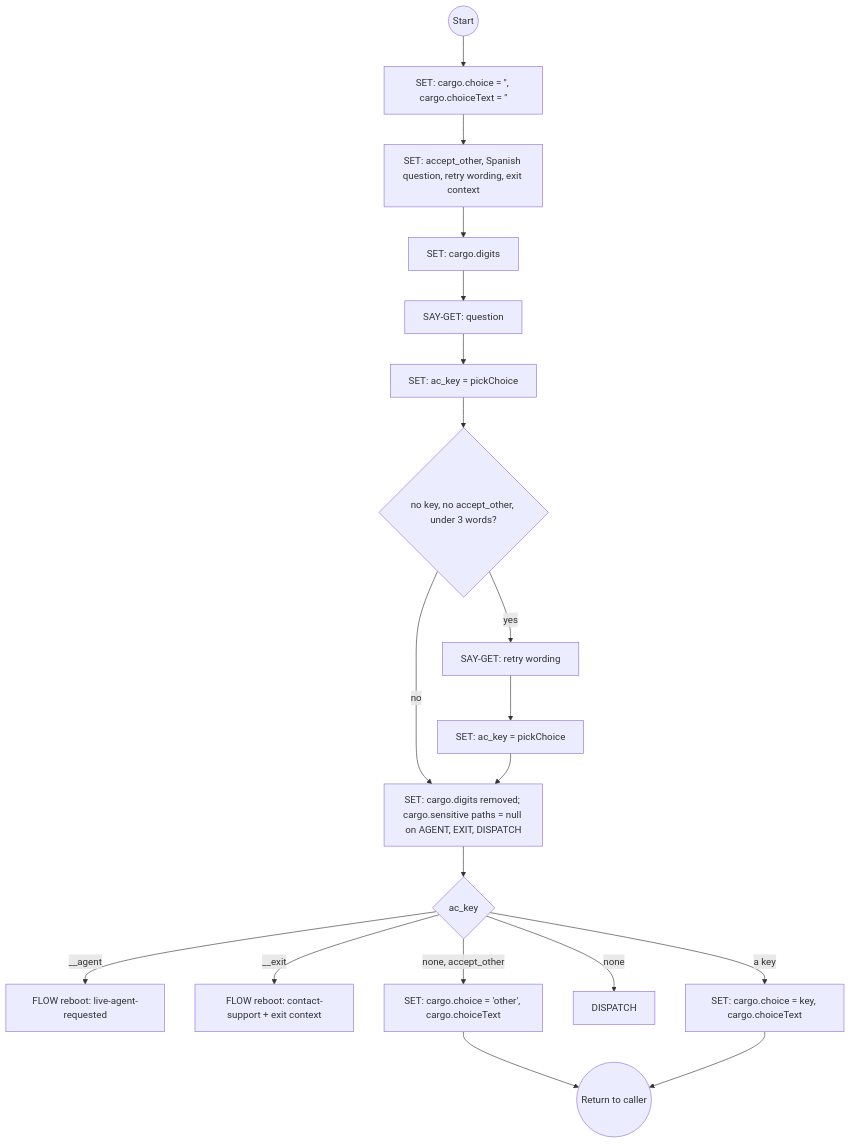
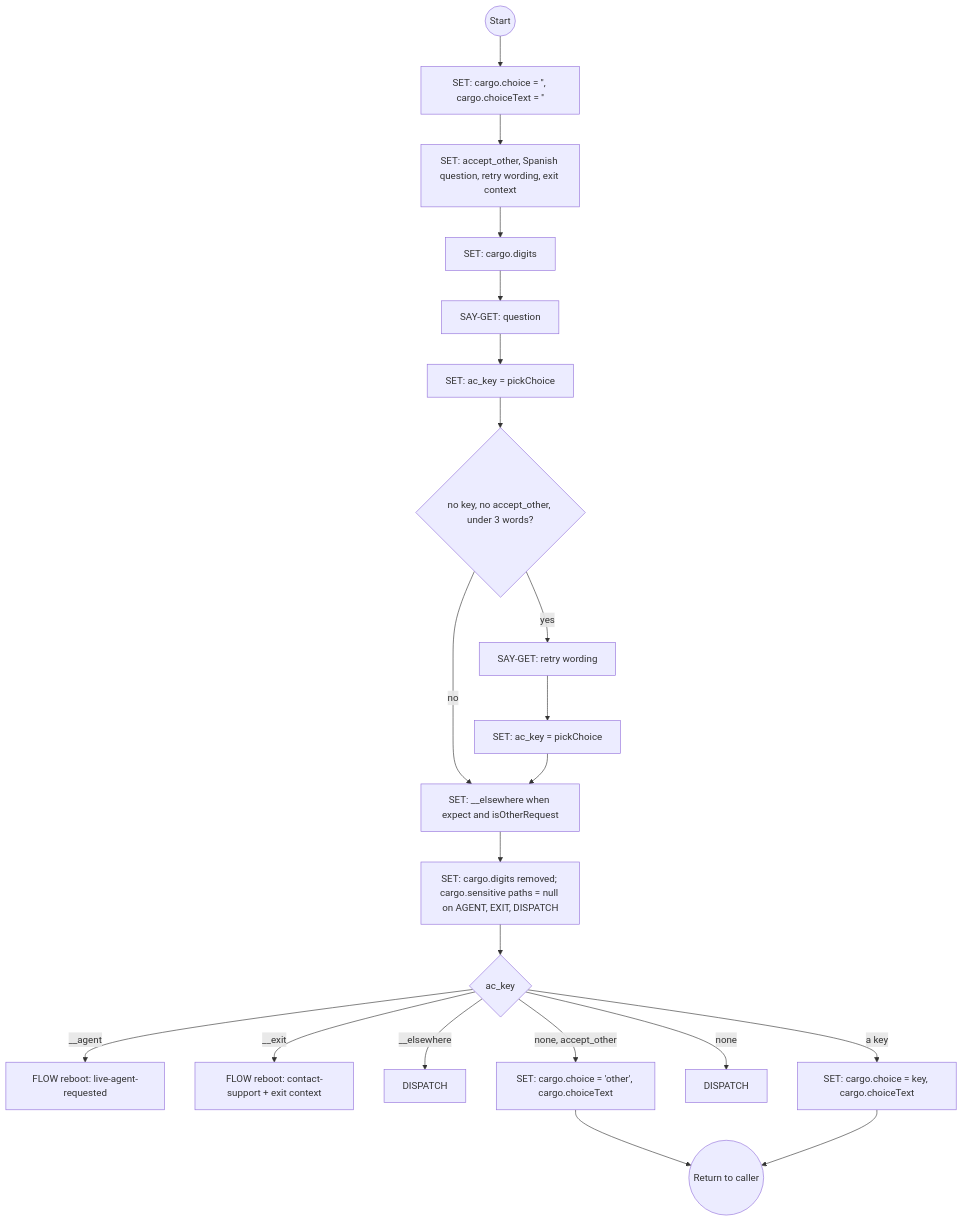
Diagram 18 of 22 in docs/system-flows.md (ronpinkas/jsfe), drawn with Mermaid before and after one commit. The commit also changed other lines of this file and 1 other file, not shown here.

Commit message:
flows and docs: synced from prod (AIDevelopment 014c1e9): give-up worker; live-agent-requested 1.7.0 (no offer after a give-up, keepSay on its RETURNs); ask-choice 1.9.0 expect / isOtherRequest; ask-email, ask-address, ask-field pass expect

````diff
--- a/docs/system-flows.md
+++ b/docs/system-flows.md
@@ -915,21 +954,23 @@
 ```mermaid
 graph TD
     start((Start)) --> ac_reset["SET: cargo.choice = '', cargo.choiceText = ''"]
     ac_reset --> defaults[SET: accept_other, Spanish question, retry wording, exit context]
     defaults --> ac_keypad[SET: cargo.digits]
     ac_keypad --> ac_ask[SAY-GET: question]
     ac_ask --> ac_match[SET: ac_key = pickChoice]
     ac_match --> reask{no key, no accept_other, under 3 words?}
     reask -->|yes| ac_reask[SAY-GET: retry wording]
-    reask -->|no| keypad_done
+    reask -->|no| other_check
     ac_reask --> ac_match_again[SET: ac_key = pickChoice]
-    ac_match_again --> keypad_done["SET: cargo.digits removed; cargo.sensitive paths = null on AGENT, EXIT, DISPATCH"]
+    ac_match_again --> other_check["SET: __elsewhere when expect and isOtherRequest"]
+    other_check --> keypad_done["SET: cargo.digits removed; cargo.sensitive paths = null on AGENT, EXIT, DISPATCH"]
     keypad_done --> route{ac_key}
     route -->|__agent| ac_agent[FLOW reboot: live-agent-requested]
     route -->|__exit| ac_exit[FLOW reboot: contact-support + exit context]
+    route -->|__elsewhere| ac_elsewhere[DISPATCH]
     route -->|none, accept_other| ac_return_other["SET: cargo.choice = 'other', cargo.choiceText"]
     route -->|none| ac_other_request[DISPATCH]
     route -->|a key| ac_return_choice[SET: cargo.choice = key, cargo.choiceText]
     ac_return_other --> stop((Return to caller))
     ac_return_choice --> stop
 ```
````
